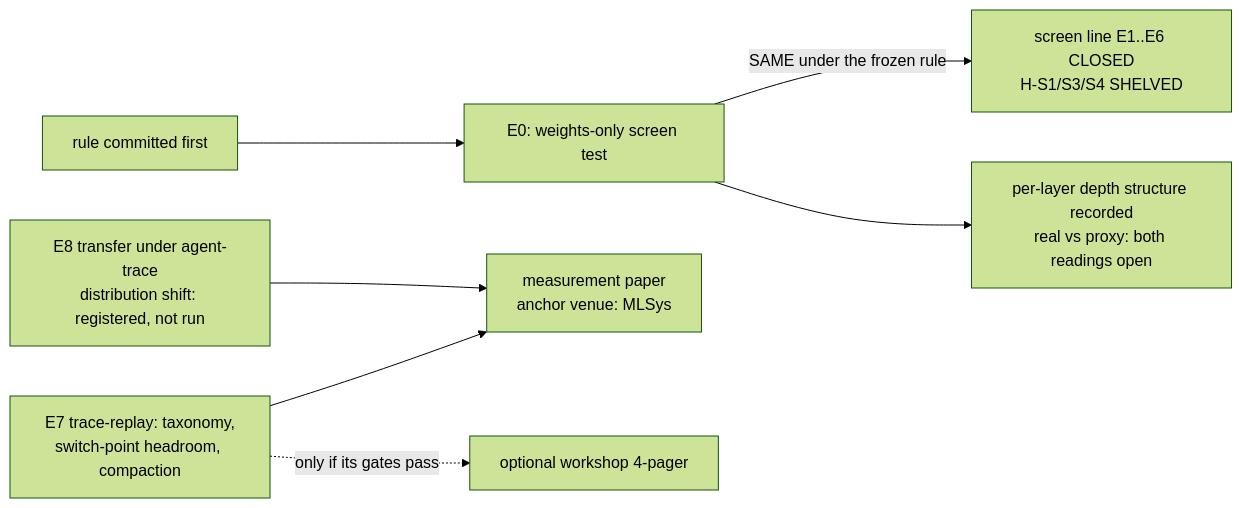
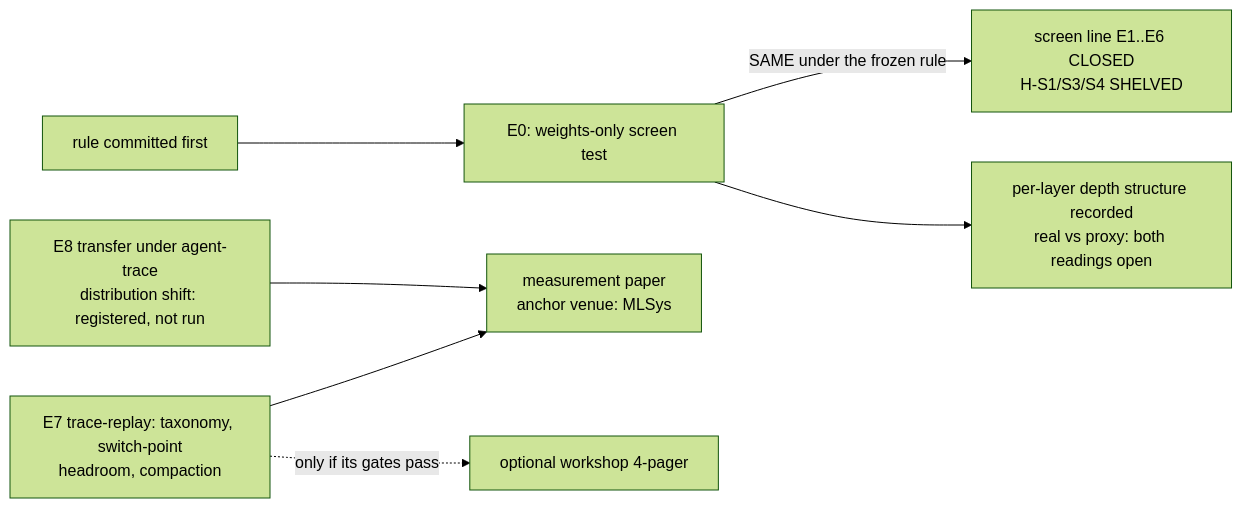
One commit to hossainpazooki/linear-ceiling changed the first of 6 diagrams in README.md. Above: the diagram before and after it, drawn with Mermaid (forest theme). The commit also changed other lines of this file and 3 other files, not shown here.

````diff
--- a/README.md
+++ b/README.md
@@ -10,9 +10,9 @@
 ```mermaid
 flowchart LR
     RULE[rule committed first] --> E0[E0: weights-only screen test]
     E0 -->|SAME under the frozen rule| CLOSED[screen line E1..E6 CLOSED<br/>H-S1/S3/S4 SHELVED]
     E0 --> DEPTH[per-layer depth structure recorded<br/>real vs proxy: both readings open]
-    E7[E7 trace-replay: taxonomy,<br/>switch-point headroom, compaction] --> ANCHOR[measurement paper<br/>anchor venue: MLSys]
+    E7[E7 trace-replay: taxonomy, switch-point<br/>headroom, compaction] --> ANCHOR[measurement paper<br/>anchor venue: MLSys]
     E7 -.->|only if its gates pass| WS[optional workshop 4-pager]
     E8[E8 transfer under agent-trace<br/>distribution shift: registered, not run] --> ANCHOR
 ```
````
